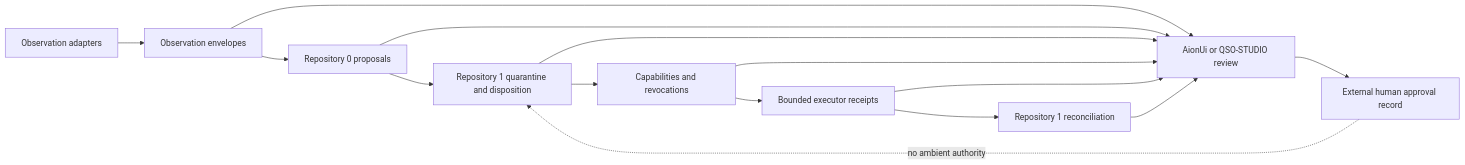
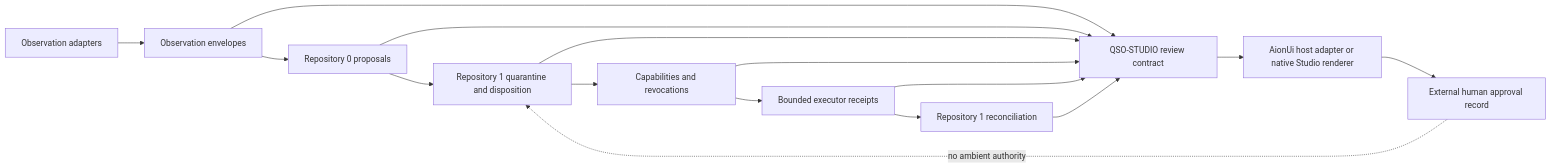
The first of 2 diagrams in docs/index.md (aevespers2/AionUi), drawn with Mermaid before and after one commit. The commit also changed other lines of this file, not shown here.

Commit message:
docs: surface host-shell ADR and runtime topology

````diff
--- a/docs/index.md
+++ b/docs/index.md
@@ -58,17 +62,18 @@
 ```mermaid
 flowchart LR
     A[Observation adapters] --> O[Observation envelopes]
     O --> Z[Repository 0 proposals]
     Z --> Q[Repository 1 quarantine and disposition]
     Q --> C[Capabilities and revocations]
     C --> E[Bounded executor receipts]
     E --> R[Repository 1 reconciliation]
-    O --> U[AionUi or QSO-STUDIO review]
-    Z --> U
-    Q --> U
-    C --> U
-    E --> U
-    R --> U
+    O --> S[QSO-STUDIO review contract]
+    Z --> S
+    Q --> S
+    C --> S
+    E --> S
+    R --> S
+    S --> U[AionUi host adapter or native Studio renderer]
     U --> H[External human approval record]
     H -. no ambient authority .-> Q
 ```
````
